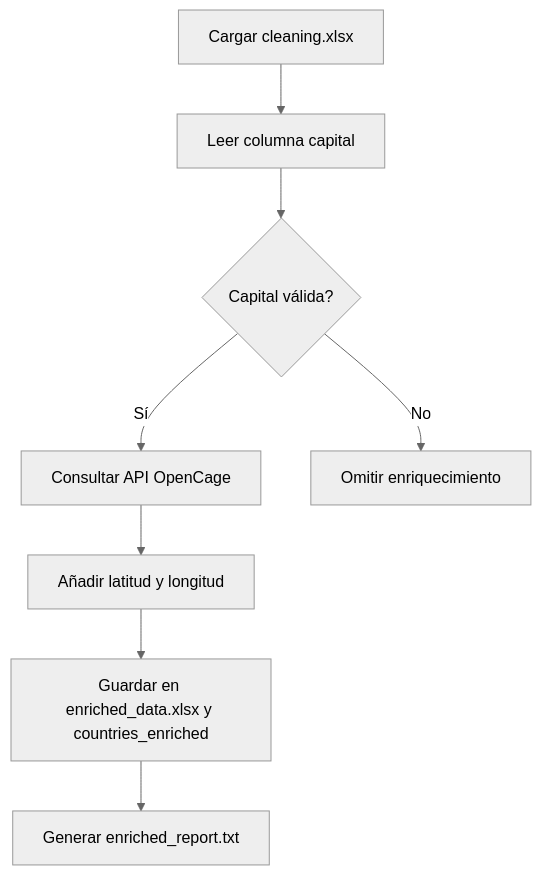
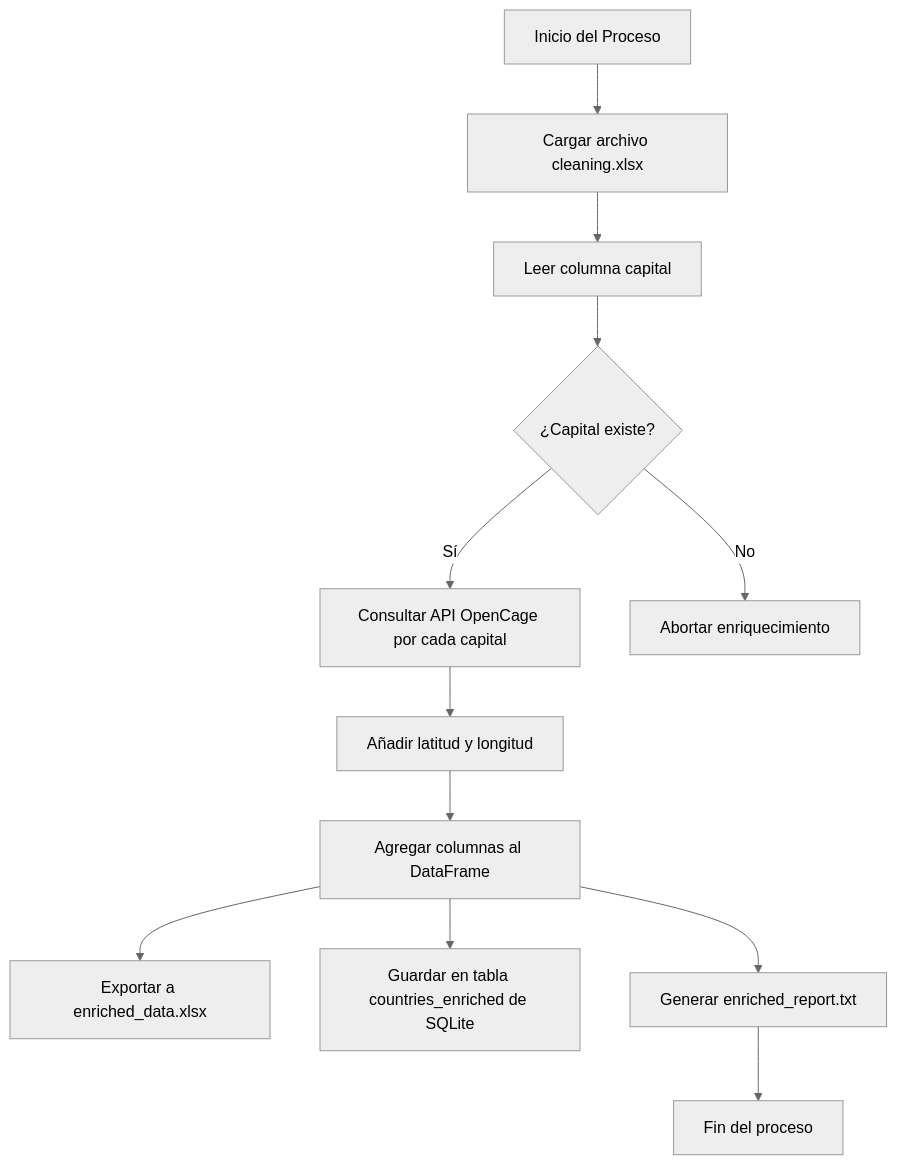
One commit to JuanesMedCol/bigdata-infrastructure changed the fourth of 7 diagrams in docs/diagrams.md. Above: the diagram before and after it, drawn with Mermaid (neutral theme). The commit also changed other lines of this file and 2 other files, not shown here.

````diff
--- a/docs/diagrams.md
+++ b/docs/diagrams.md
@@ -72,10 +73,14 @@
     ```mermaid
-    graph TD
-        A[Cargar cleaning.xlsx] --> B[Leer columna capital]
-        B --> C{Capital válida?}
-        C -- Sí --> D[Consultar API OpenCage]
-        D --> E[Añadir latitud y longitud]
-        E --> F[Guardar en enriched_data.xlsx y countries_enriched]
-        F --> G[Generar enriched_report.txt]
-        C -- No --> H[Omitir enriquecimiento]
+    flowchart TD
+        A[Inicio del Proceso] --> B[Cargar archivo cleaning.xlsx]
+        B --> C[Leer columna capital]
+        C --> D{¿Capital existe?}
+        D -- Sí --> E[Consultar API OpenCage por cada capital]
+        E --> F[Añadir latitud y longitud]
+        F --> G[Agregar columnas al DataFrame]
+        G --> H[Exportar a enriched_data.xlsx]
+        G --> I[Guardar en tabla countries_enriched de SQLite]
+        G --> J[Generar enriched_report.txt]
+        J --> K[Fin del proceso]
+        D -- No --> Z[Abortar enriquecimiento]
     ```
````
